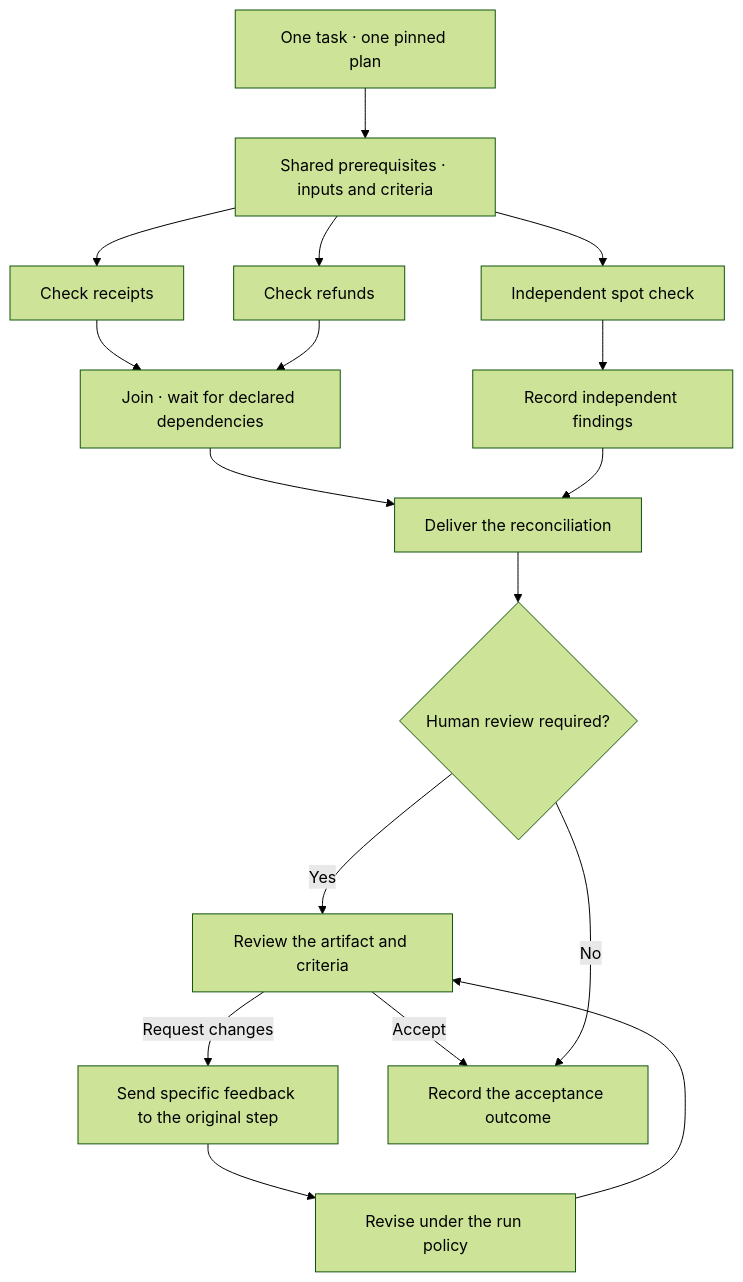
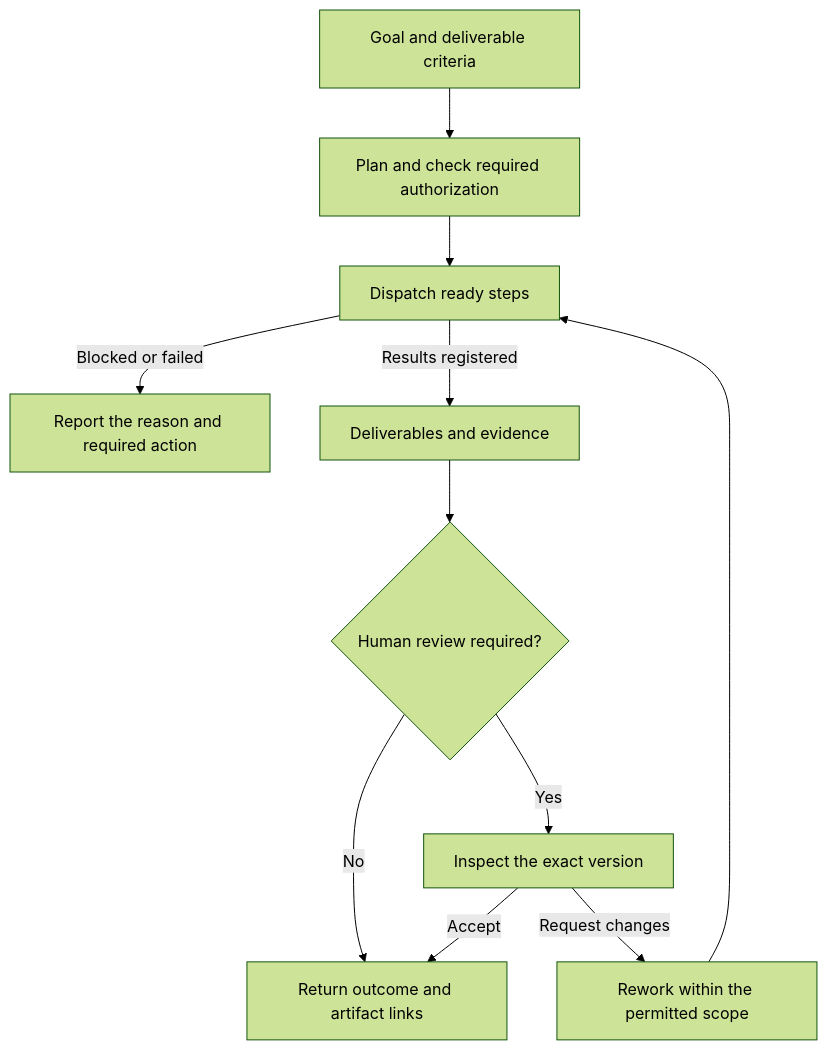
The second of 3 diagrams in README.en.md (theBeautifulIce/dsh-orchestra), drawn with Mermaid (forest theme) before and after one commit. The commit also changed other lines of this file and 1 other file, not shown here.

Commit message:
docs: explain Orchestra task workflows and refresh README diagrams

````diff
--- a/README.en.md
+++ b/README.en.md
@@ -48,19 +60,13 @@
-~~~mermaid
+```mermaid
 flowchart TD
-    T["One task · one pinned plan"] --> S["Shared prerequisites · inputs and criteria"]
-    S --> A["Check receipts"]
-    S --> B["Check refunds"]
-    S --> C["Independent spot check"]
-    A --> J["Join · wait for declared dependencies"]
-    B --> J
-    C --> R["Record independent findings"]
-    J --> D["Deliver the reconciliation"]
-    R --> D
-    D --> H{"Human review required?"}
-    H -->|Yes| V["Review the artifact and criteria"]
-    V -->|Request changes| F["Send specific feedback to the original step"]
-    F --> N["Revise under the run policy"]
-    N --> V
-    V -->|Accept| E["Record the acceptance outcome"]
-    H -->|No| E
-~~~
+    G["Goal and deliverable criteria"] --> P["Plan and check required authorization"]
+    P --> E["Dispatch ready steps"]
+    E -->|Blocked or failed| B["Report the reason and required action"]
+    E -->|Results registered| A["Deliverables and evidence"]
+    A --> Q{"Human review required?"}
+    Q -->|No| F["Return outcome and artifact links"]
+    Q -->|Yes| H["Inspect the exact version"]
+    H -->|Accept| F
+    H -->|Request changes| W["Rework within the permitted scope"]
+    W --> E
+```
````
